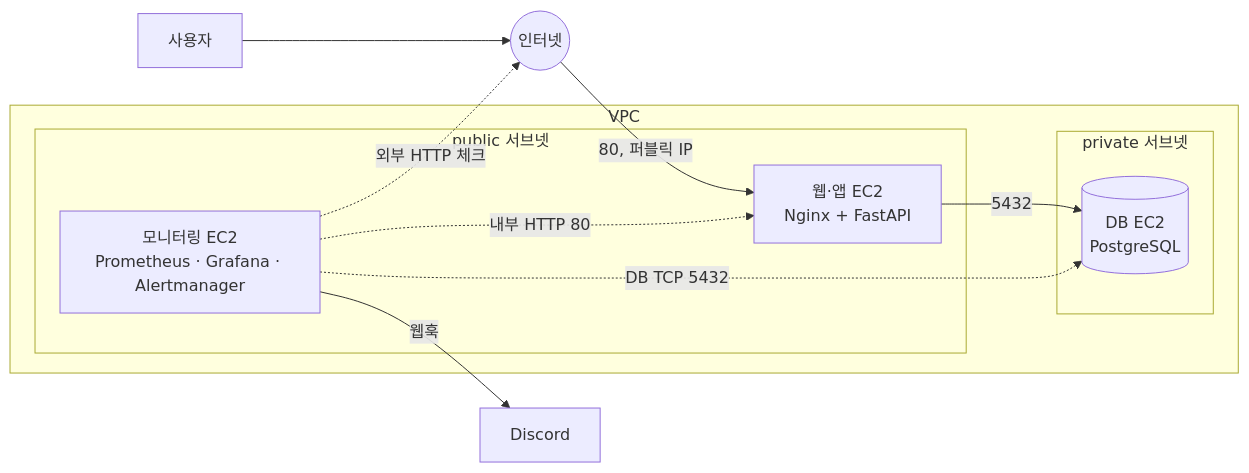
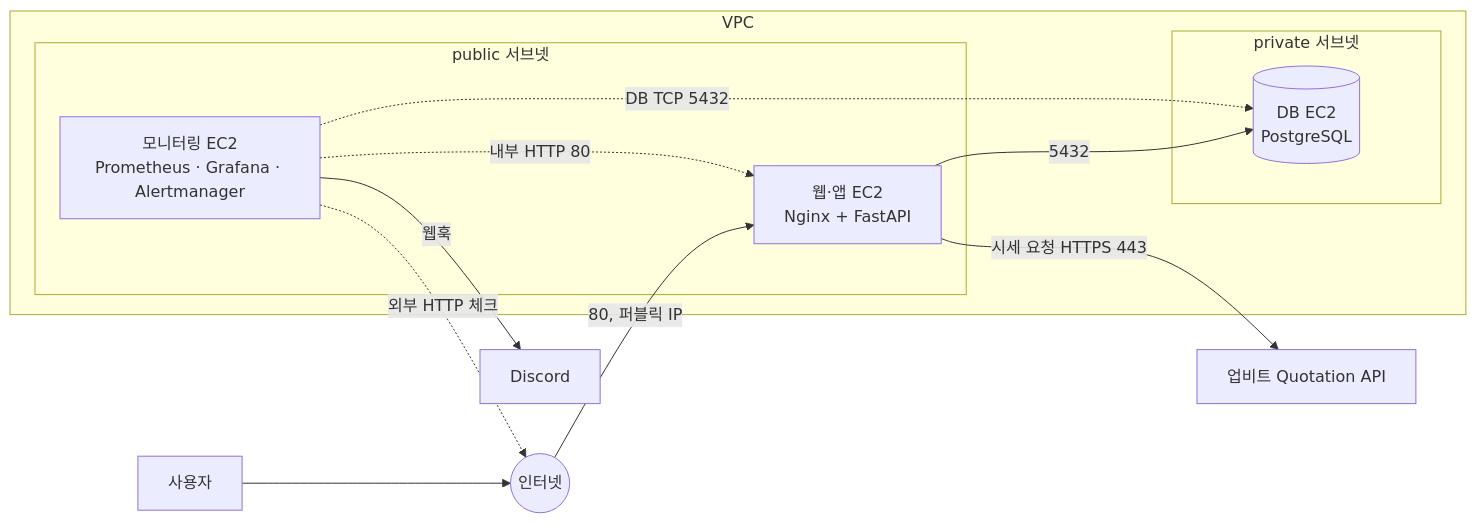
Before and after one commit to ekimje/aws-network-incident-monitoring-lab: the diagram in README.md, drawn with Mermaid. The commit also changed other lines of this file, not shown here.

Commit message:
Update plan: use Upbit price feed as the app's data source

````diff
--- a/README.md
+++ b/README.md
@@ -36,19 +39,20 @@
 ```mermaid
 flowchart LR
     user[사용자] --> inet((인터넷))
     inet -->|80, 퍼블릭 IP| web
     subgraph VPC
         subgraph public[public 서브넷]
             web[웹·앱 EC2<br/>Nginx + FastAPI]
             mon[모니터링 EC2<br/>Prometheus · Grafana · Alertmanager]
         end
         subgraph private[private 서브넷]
             db[(DB EC2<br/>PostgreSQL)]
         end
     end
     web -->|5432| db
+    web -->|시세 요청 HTTPS 443| upbit[업비트 Quotation API]
     mon -.->|내부 HTTP 80| web
     mon -.->|DB TCP 5432| db
     mon -.->|외부 HTTP 체크| inet
     mon -->|웹훅| discord[Discord]
 ```
````
